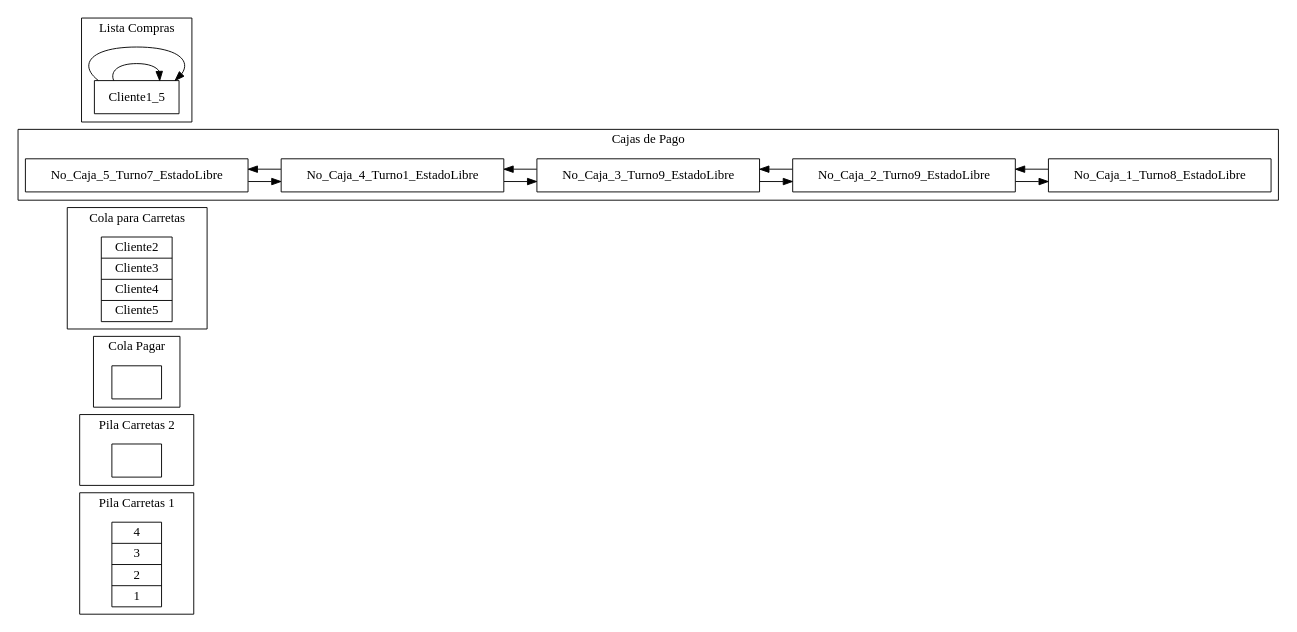
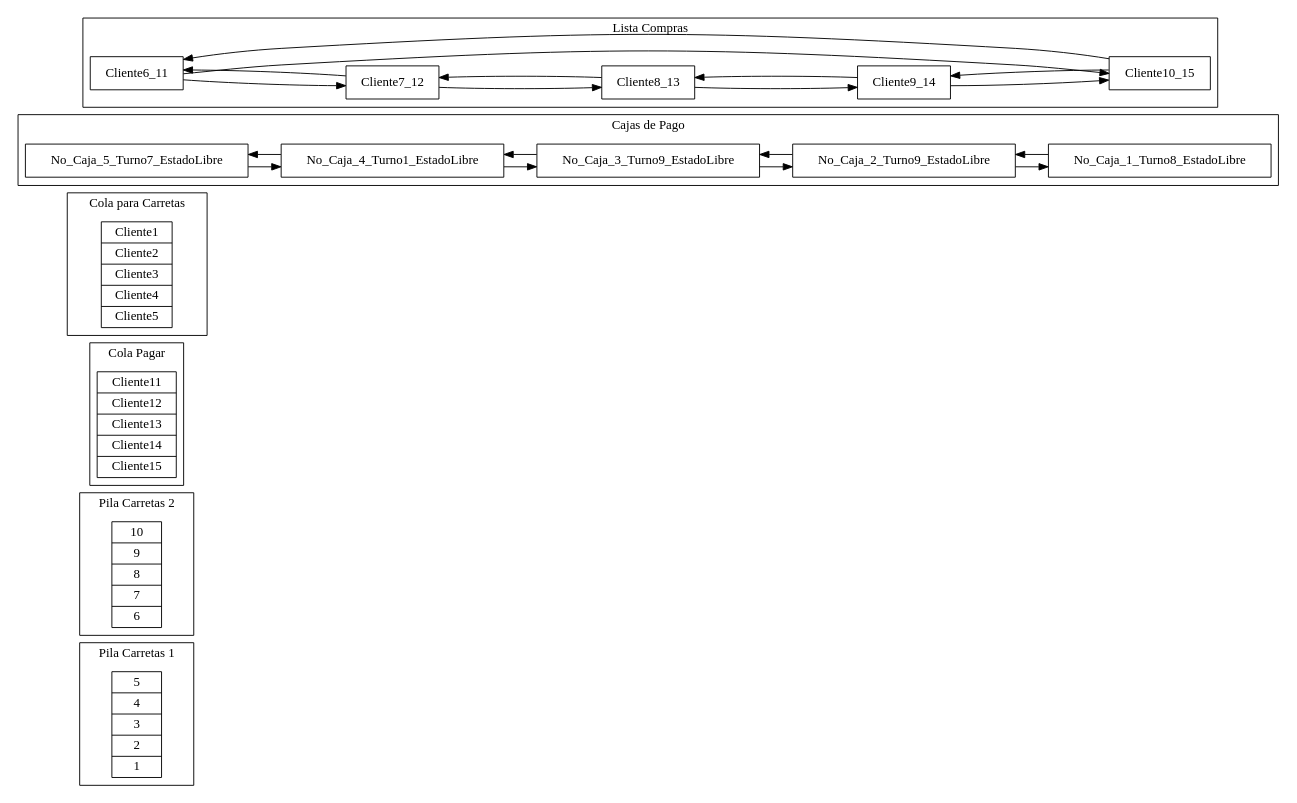
One commit to EdsonArmando/Practia1EstructurasDeDatos changed the diagram in PracticaEstructuras/Prueba.dot. Above: the diagram before and after it, drawn with Graphviz. The commit also changed 36 other files, not shown here.

```diff
--- a/PracticaEstructuras/Prueba.dot
+++ b/PracticaEstructuras/Prueba.dot
@@ -1,39 +1,47 @@
 digraph {
  rankdir=LR; 
  node [shape=record];subgraph cluster_0 { 
   label="Pila Carretas 1"; 
- struct1 [label ="<f0>4|<f1>3|<f2>2|<f3>1"];
+ struct1 [label ="<f0>5|<f1>4|<f2>3|<f3>2|<f4>1"];
 }
  subgraph cluster_1 { 
   label="Pila Carretas 2"; 
- struct2 [label ="<f0>"];
+ struct2 [label ="<f0>10|<f1>9|<f2>8|<f3>7|<f4>6"];
 }
  subgraph cluster_2 { 
   label="Cola Pagar"; 
- struct3 [label ="<f0>"];
+ struct3 [label ="<f0>Cliente11|<f1>Cliente12|<f2>Cliente13|<f3>Cliente14|<f4>Cliente15"];
 }
  subgraph cluster_3 { 
   label="Cola para Carretas"; 
- struct4 [label ="<f0>Cliente2|<f1>Cliente3|<f2>Cliente4|<f3>Cliente5"];
+ struct4 [label ="<f0>Cliente1|<f1>Cliente2|<f2>Cliente3|<f3>Cliente4|<f4>Cliente5"];
 }
  subgraph cluster_4 { 
  node [shape=record];
  label="Cajas de Pago";
 No_Caja_5_Turno7_EstadoLibre -> No_Caja_4_Turno1_EstadoLibre;
 No_Caja_4_Turno1_EstadoLibre -> No_Caja_5_Turno7_EstadoLibre;
 No_Caja_4_Turno1_EstadoLibre -> No_Caja_3_Turno9_EstadoLibre;
 No_Caja_3_Turno9_EstadoLibre -> No_Caja_4_Turno1_EstadoLibre;
 No_Caja_3_Turno9_EstadoLibre -> No_Caja_2_Turno9_EstadoLibre;
 No_Caja_2_Turno9_EstadoLibre -> No_Caja_3_Turno9_EstadoLibre;
 No_Caja_2_Turno9_EstadoLibre -> No_Caja_1_Turno8_EstadoLibre;
 No_Caja_1_Turno8_EstadoLibre -> No_Caja_2_Turno9_EstadoLibre;
 
 }
  subgraph cluster_5 { 
  node [shape=record];
  label="Lista Compras";
-Cliente1_5 -> Cliente1_5;
-Cliente1_5 -> Cliente1_5;
+Cliente6_11 -> Cliente7_12;
+Cliente7_12 -> Cliente6_11;
+Cliente7_12 -> Cliente8_13;
+Cliente8_13 -> Cliente7_12;
+Cliente8_13 -> Cliente9_14;
+Cliente9_14 -> Cliente8_13;
+Cliente9_14 -> Cliente10_15;
+Cliente10_15 -> Cliente9_14;
+Cliente10_15 -> Cliente6_11;
+Cliente6_11 -> Cliente10_15;
 
 }
 }
```
